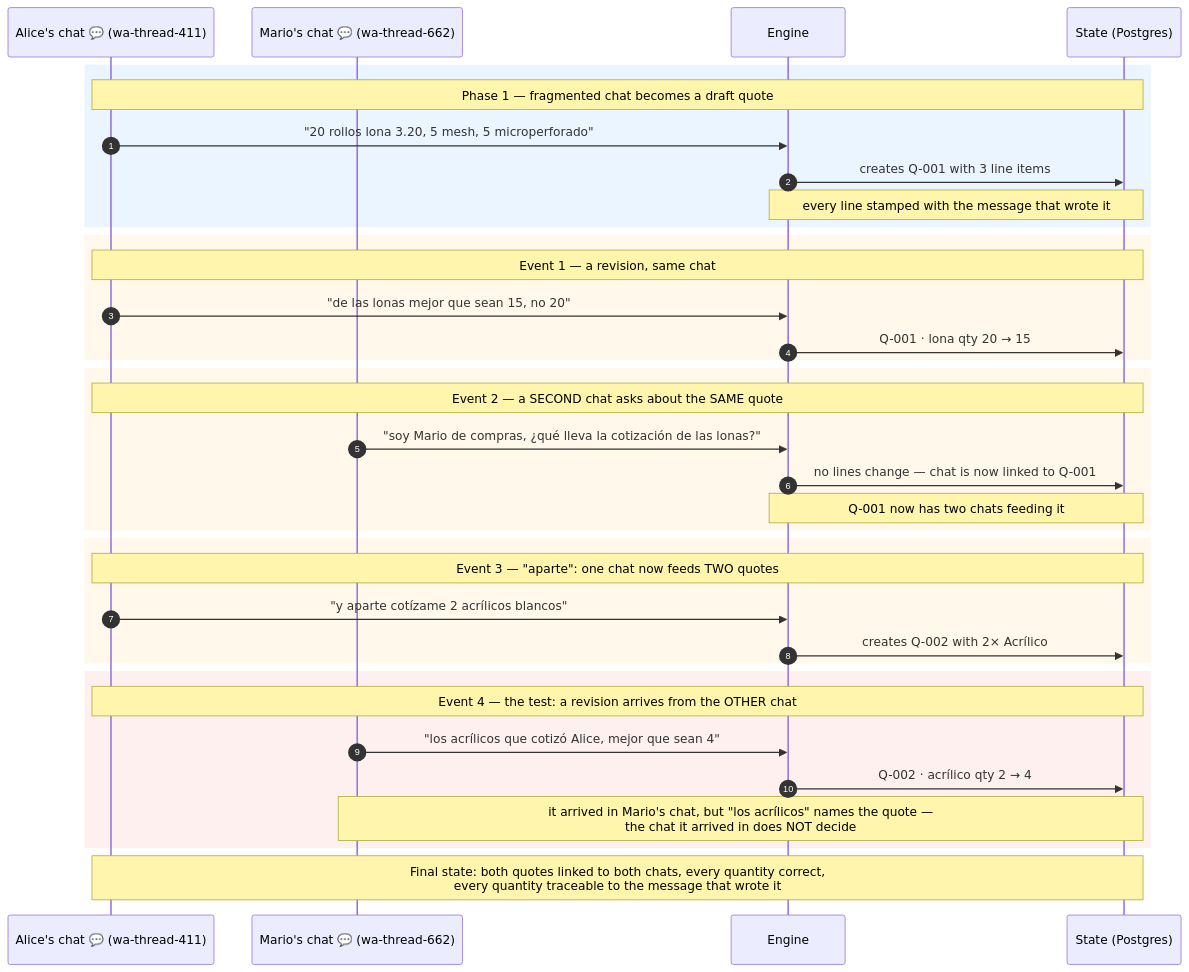
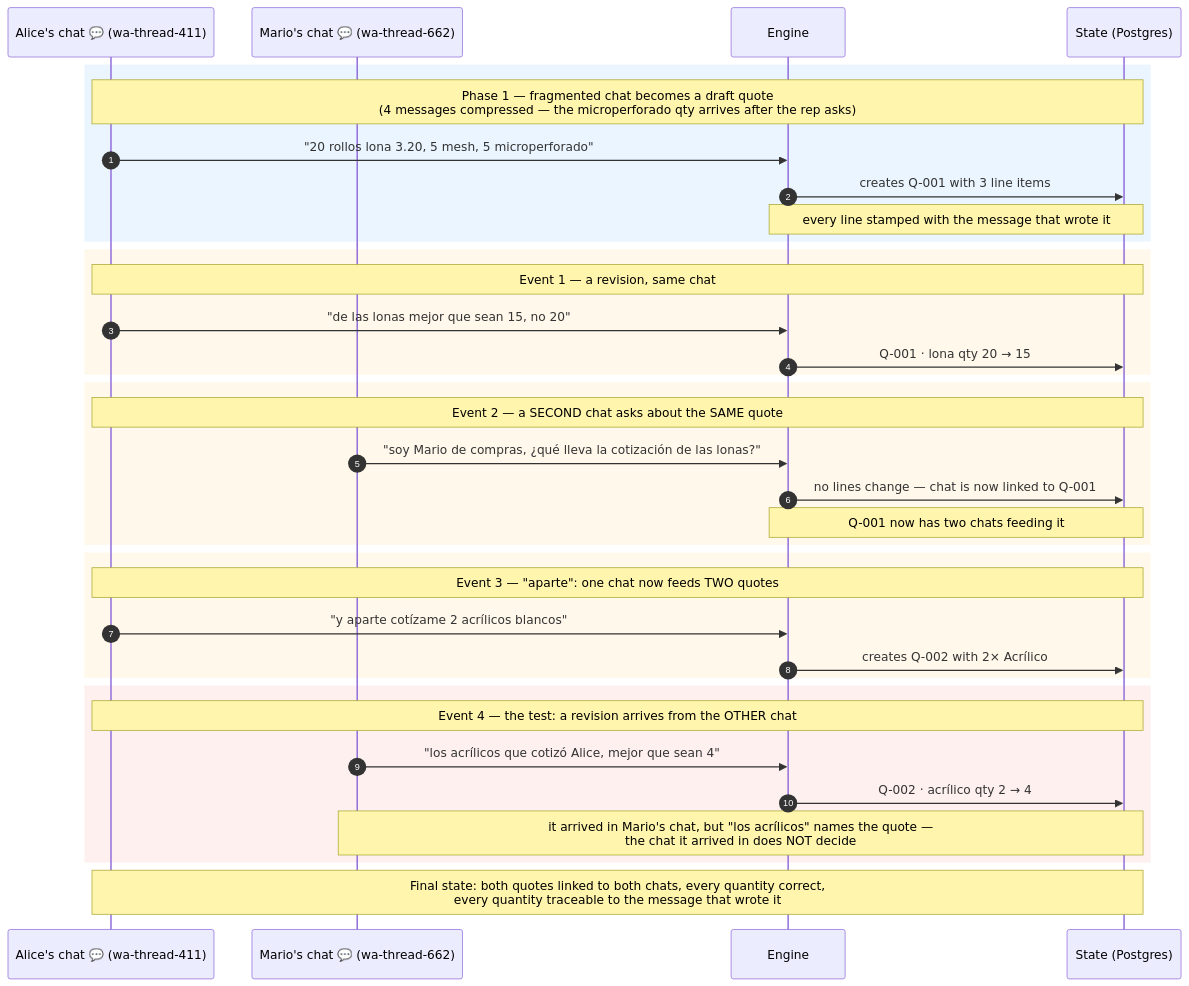
Before and after one commit to Selopez24/axial-quote-engine: the first of 4 diagrams in docs/presentation-diagrams.md, drawn with Mermaid. The commit also changed other lines of this file and 11 other files, not shown here.

First line of the commit message:
docs: fix diagram accuracy and slide readability

````diff
--- a/docs/presentation-diagrams.md
+++ b/docs/presentation-diagrams.md
@@ -13,43 +13,43 @@
 ```mermaid
 sequenceDiagram
     autonumber
     participant A as Alice's chat 💬 (wa-thread-411)
     participant M as Mario's chat 💬 (wa-thread-662)
     participant E as Engine
     participant S as State (Postgres)
 
     rect rgb(235, 245, 255)
-    Note over A,S: Phase 1 — fragmented chat becomes a draft quote
+    Note over A,S: Phase 1 — fragmented chat becomes a draft quote<br/>(4 messages compressed — the microperforado qty arrives after the rep asks)
     A->>E: "20 rollos lona 3.20, 5 mesh, 5 microperforado"
     E->>S: creates Q-001 with 3 line items
     Note over E,S: every line stamped with the message that wrote it
     end
 
     rect rgb(255, 248, 235)
     Note over A,S: Event 1 — a revision, same chat
     A->>E: "de las lonas mejor que sean 15, no 20"
     E->>S: Q-001 · lona qty 20 → 15
     end
 
     rect rgb(255, 248, 235)
     Note over A,S: Event 2 — a SECOND chat asks about the SAME quote
     M->>E: "soy Mario de compras, ¿qué lleva la cotización de las lonas?"
     E->>S: no lines change — chat is now linked to Q-001
     Note over E,S: Q-001 now has two chats feeding it
     end
 
     rect rgb(255, 248, 235)
     Note over A,S: Event 3 — "aparte": one chat now feeds TWO quotes
     A->>E: "y aparte cotízame 2 acrílicos blancos"
     E->>S: creates Q-002 with 2× Acrílico
     end
 
     rect rgb(255, 240, 240)
     Note over A,S: Event 4 — the test: a revision arrives from the OTHER chat
     M->>E: "los acrílicos que cotizó Alice, mejor que sean 4"
     E->>S: Q-002 · acrílico qty 2 → 4
     Note over M,S: it arrived in Mario's chat, but "los acrílicos" names the quote —<br/>the chat it arrived in does NOT decide
     end
 
     Note over A,S: Final state: both quotes linked to both chats, every quantity correct,<br/>every quantity traceable to the message that wrote it
 ```
````
